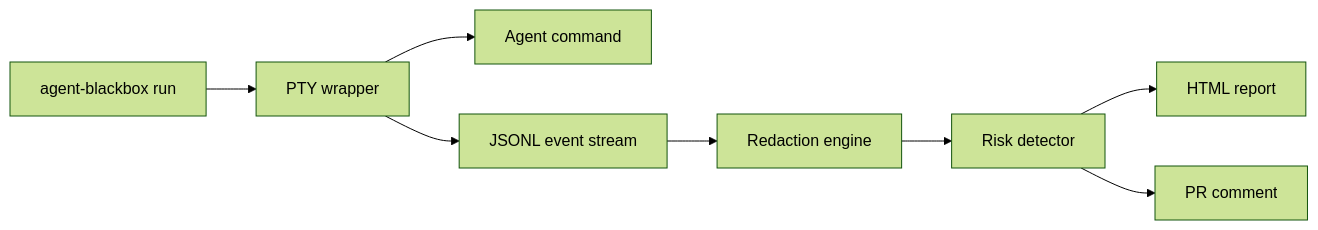
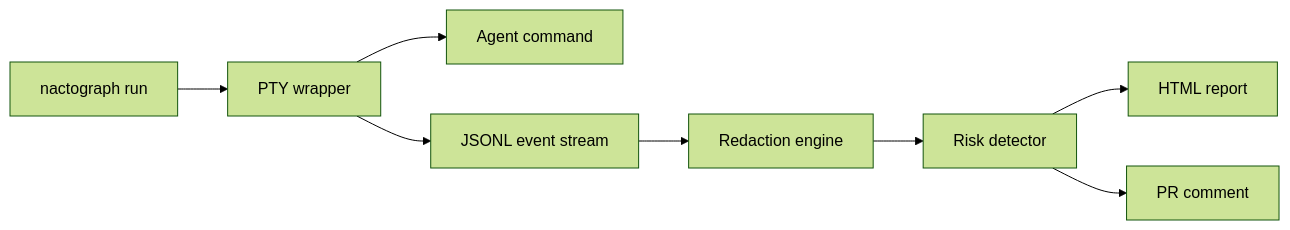
The diagram in README.md (im-anishraj/noctograph), drawn with Mermaid (forest theme) before and after one commit. The commit also changed other lines of this file and 21 other files, not shown here.

````diff
--- a/README.md
+++ b/README.md
@@ -39,10 +39,10 @@
 ```mermaid
 flowchart LR
-  A["agent-blackbox run"] --> B["PTY wrapper"]
+  A["nactograph run"] --> B["PTY wrapper"]
   B --> C["Agent command"]
   B --> D["JSONL event stream"]
   D --> E["Redaction engine"]
   E --> F["Risk detector"]
   F --> G["HTML report"]
   F --> H["PR comment"]
 ```
````
